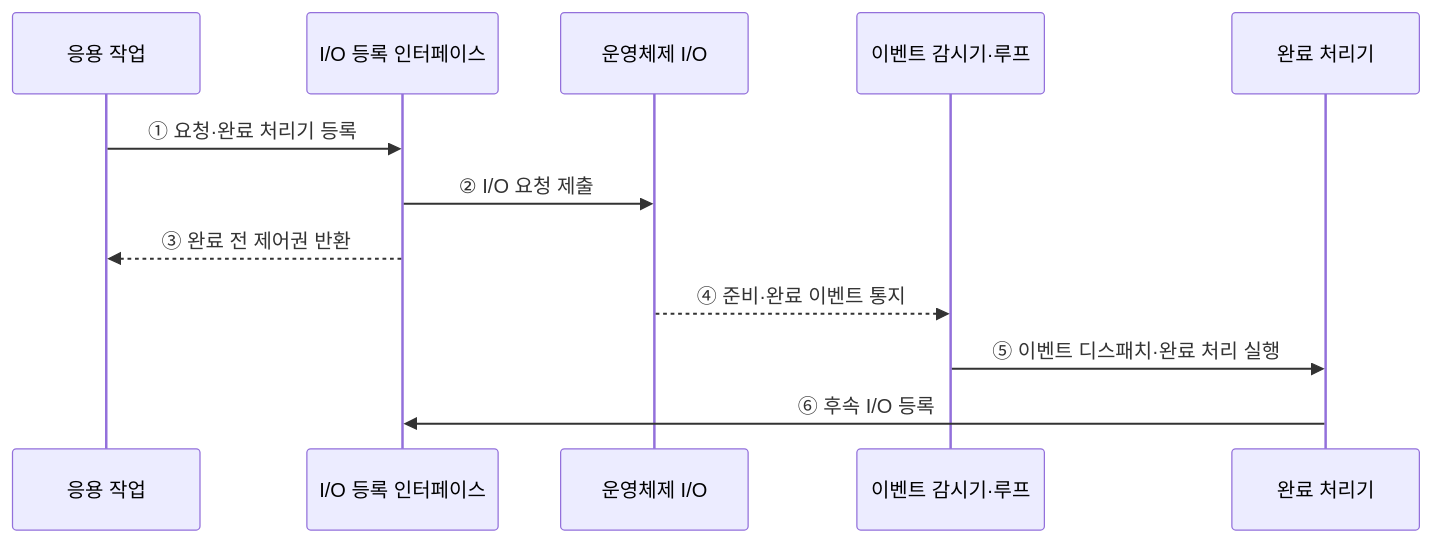
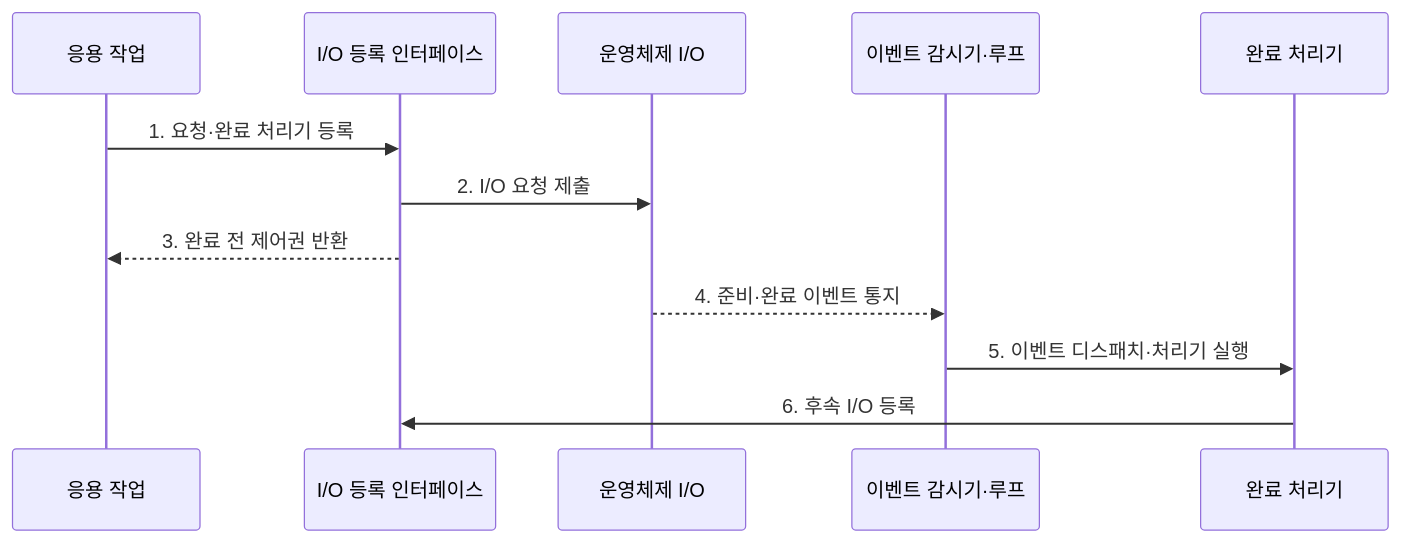
Before and after one commit to agnusdei1207/knowledge-base: the second of 2 diagrams in src/content/docs/notes/03-software/026_async_io_event_loop.md, drawn with Mermaid. The commit also changed other lines of this file and 20 other files, not shown here.

````diff
--- a/src/content/docs/notes/03-software/026_async_io_event_loop.md
+++ b/src/content/docs/notes/03-software/026_async_io_event_loop.md
@@ -87,14 +87,14 @@
 ```mermaid
 sequenceDiagram
     participant A as 응용 작업
     participant I as I/O 등록 인터페이스
     participant K as 운영체제 I/O
     participant L as 이벤트 감시기·루프
     participant H as 완료 처리기
-    A->>I: ① 요청·완료 처리기 등록
-    I->>K: ② I/O 요청 제출
-    I-->>A: ③ 완료 전 제어권 반환
-    K-->>L: ④ 준비·완료 이벤트 통지
-    L->>H: ⑤ 이벤트 디스패치·완료 처리 실행
-    H->>I: ⑥ 후속 I/O 등록
+    A->>I: 1. 요청·완료 처리기 등록
+    I->>K: 2. I/O 요청 제출
+    I-->>A: 3. 완료 전 제어권 반환
+    K-->>L: 4. 준비·완료 이벤트 통지
+    L->>H: 5. 이벤트 디스패치·처리기 실행
+    H->>I: 6. 후속 I/O 등록
 ```
````
